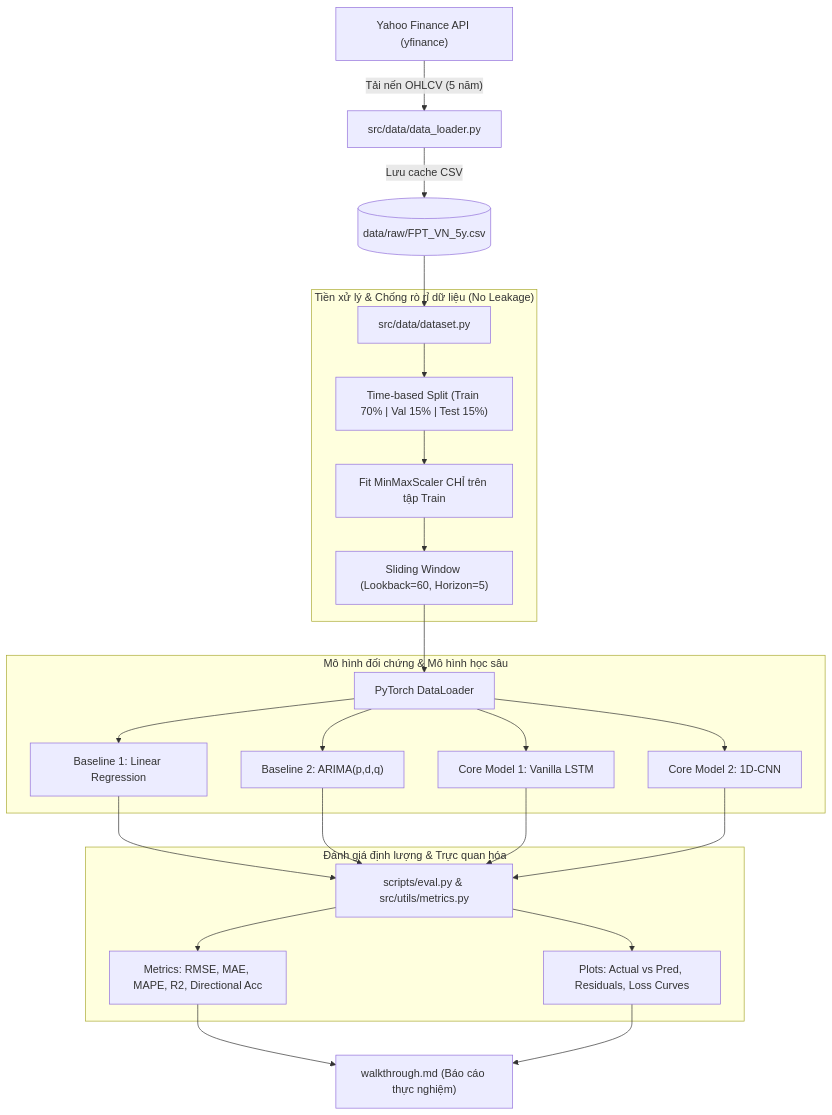
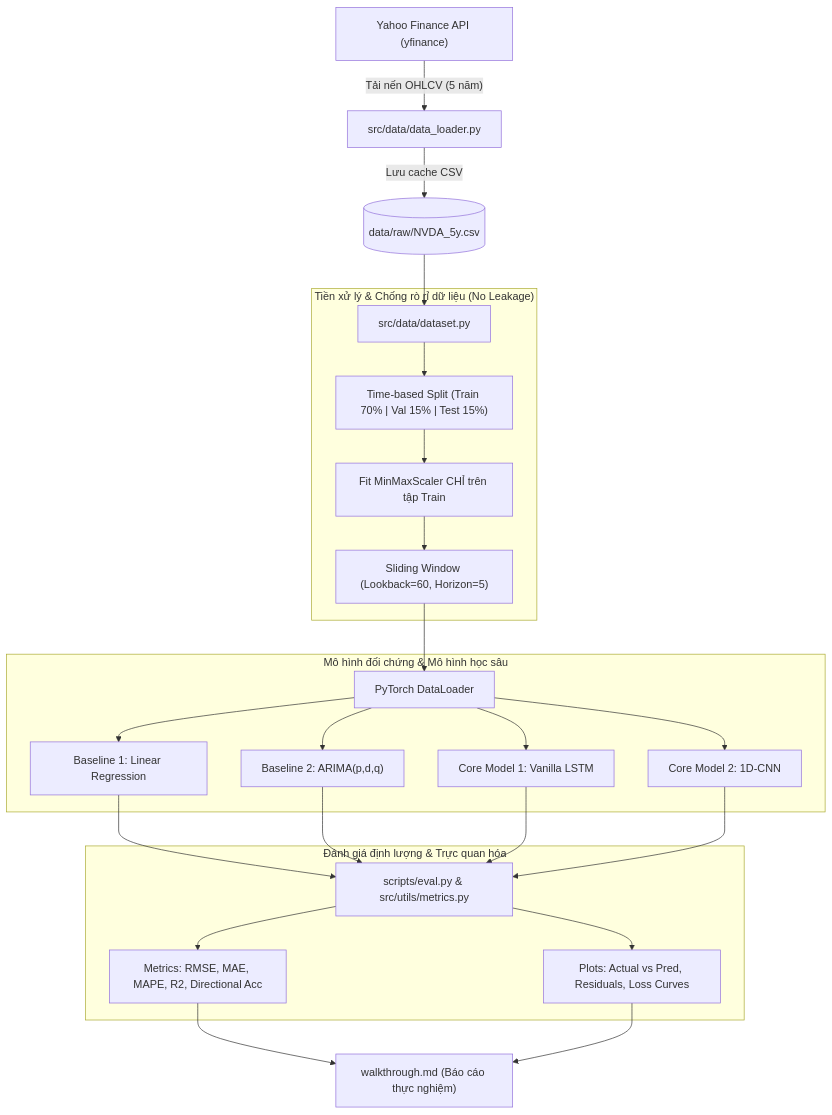
Before and after one commit to lacthui06/Stock-Forecasting: the diagram in README.md, drawn with Mermaid. The commit also changed other lines of this file and 17 other files, not shown here.

````diff
--- a/README.md
+++ b/README.md
@@ -85,30 +96,30 @@
 ```mermaid
 flowchart TD
     A["Yahoo Finance API (yfinance)"] -->|"Tải nến OHLCV (5 năm)"| B["src/data/data_loader.py"]
-    B -->|"Lưu cache CSV"| C[("data/raw/FPT_VN_5y.csv")]
+    B -->|"Lưu cache CSV"| C[("data/raw/NVDA_5y.csv")]
     C --> D["src/data/dataset.py"]
     
     subgraph Data_Processing["Tiền xử lý & Chống rò rỉ dữ liệu (No Leakage)"]
         D --> E["Time-based Split (Train 70% | Val 15% | Test 15%)"]
         E --> F["Fit MinMaxScaler CHỈ trên tập Train"]
         F --> G["Sliding Window (Lookback=60, Horizon=5)"]
     end
 
     G --> H["PyTorch DataLoader"]
     
     subgraph Modeling["Mô hình đối chứng & Mô hình học sâu"]
         H --> M1["Baseline 1: Linear Regression"]
         H --> M2["Baseline 2: ARIMA(p,d,q)"]
         H --> M3["Core Model 1: Vanilla LSTM"]
         H --> M4["Core Model 2: 1D-CNN"]
     end
 
     M1 & M2 & M3 & M4 --> EVAL["scripts/eval.py & src/utils/metrics.py"]
     
     subgraph Evaluation["Đánh giá định lượng & Trực quan hóa"]
         EVAL --> METRICS["Metrics: RMSE, MAE, MAPE, R2, Directional Acc"]
         EVAL --> PLOTS["Plots: Actual vs Pred, Residuals, Loss Curves"]
     end
 
     METRICS & PLOTS --> REPORT["walkthrough.md (Báo cáo thực nghiệm)"]
 ```
````
